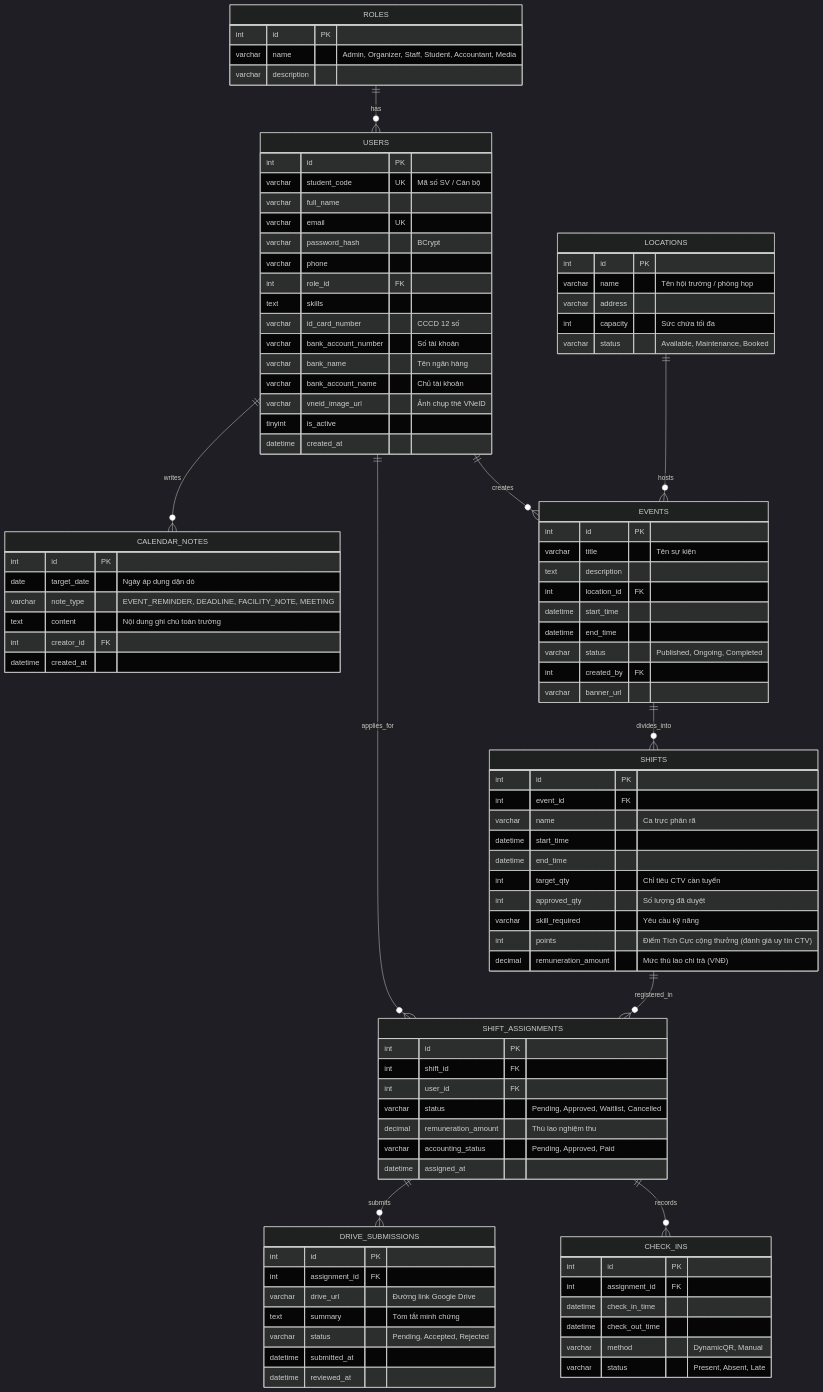
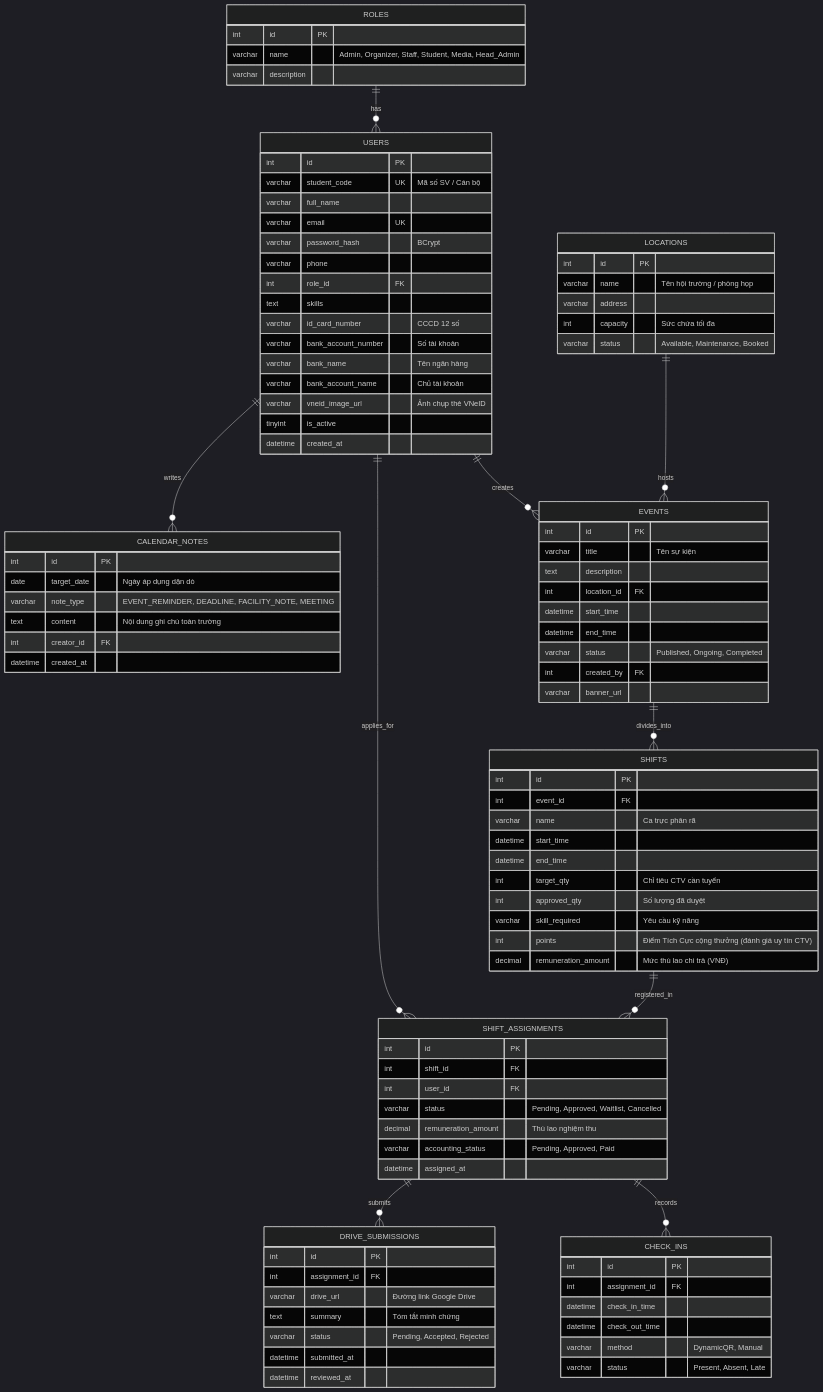
The second of 2 diagrams in README.md (dddinhanh/polymee), drawn with Mermaid (dark theme) before and after one commit. The commit also changed other lines of this file and 6 other files, not shown here.

Commit message:
docs: replace timeout-prone mermaid blocks with crisp standalone SVG diagrams (Use Case, Roles, ERD)

```diff
--- a/README.md
+++ b/README.md
@@ -344,7 +337,7 @@
 
     ROLES {
         int id PK
-        varchar name "Admin, Organizer, Staff, Student, Accountant, Media"
+        varchar name "Admin, Organizer, Staff, Student, Media, Head_Admin"
         varchar description
     }
 
```
